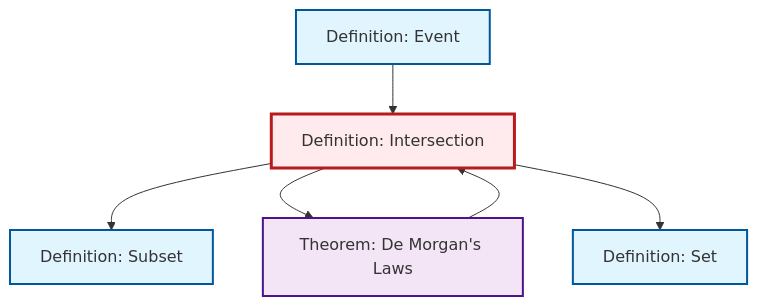
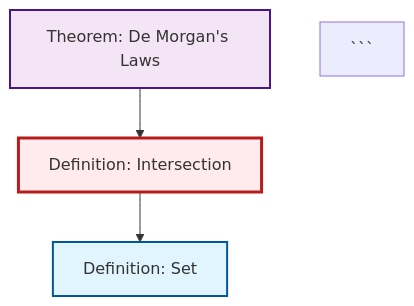
One commit to RK0429/ModernMath changed the diagram in output/mermaid/def-intersection.mermaid. Above: the diagram before and after it, drawn with Mermaid. The commit also changed 1183 other files, not shown here.

````diff
--- a/output/mermaid/def-intersection.mermaid
+++ b/output/mermaid/def-intersection.mermaid
@@ -1,20 +1,14 @@
-```{mermaid}
 %%| fig-cap: "Local dependency graph"
 graph TD
     classDef definition fill:#e1f5fe,stroke:#01579b,stroke-width:2px
     classDef theorem fill:#f3e5f5,stroke:#4a148c,stroke-width:2px
     classDef axiom fill:#fff3e0,stroke:#e65100,stroke-width:2px
     classDef example fill:#e8f5e9,stroke:#1b5e20,stroke-width:2px
     classDef current fill:#ffebee,stroke:#b71c1c,stroke-width:3px
-    def-subset["Definition: Subset"]:::definition
-    def-event["Definition: Event"]:::definition
     thm-de-morgan["Theorem: De Morgan's Laws"]:::theorem
     def-intersection["Definition: Intersection"]:::definition
     def-set["Definition: Set"]:::definition
-    def-event --> def-intersection
+    def-intersection --> def-set
     thm-de-morgan --> def-intersection
-    def-intersection --> def-subset
-    def-intersection --> thm-de-morgan
-    def-intersection --> def-set
     class def-intersection current
 ```
````
